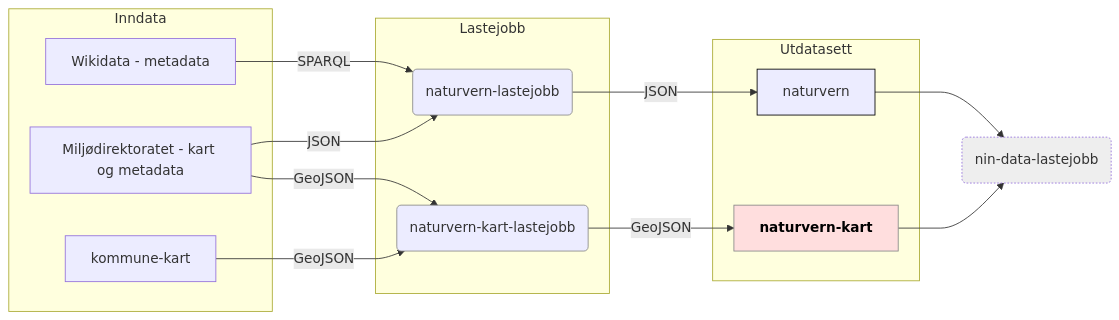
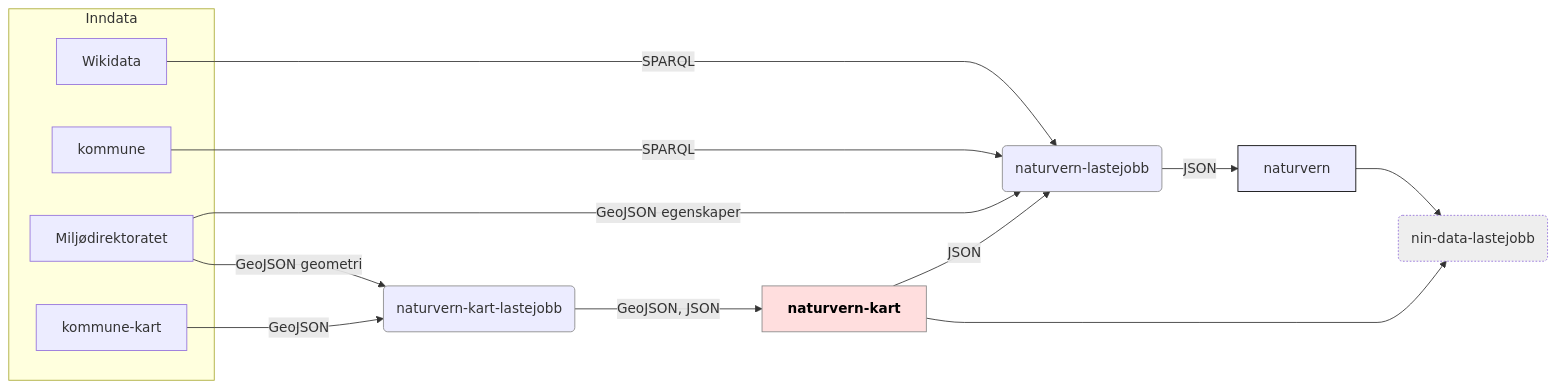
The diagram in doc/flytdiagram.md (Artsdatabanken/naturvern-kart), drawn with Mermaid before and after one commit. The commit also changed 1 other file, not shown here.

Commit message:
Beskriv datatype

````diff
--- a/doc/flytdiagram.md
+++ b/doc/flytdiagram.md
@@ -1,46 +1,45 @@
 ```mermaid
 
 graph LR;
   linkStyle default interpolate monotoneX
     subgraph Inndata
+      kommune[kommune]
       kommune-kart[kommune-kart]
-      wikidata[Wikidata - metadata]
-      mdir[Miljødirektoratet - kart og metadata]
+      wikidata[Wikidata]
+      mdir[Miljødirektoratet]
     end
-    subgraph Lastejobb
       naturvern-kart-lastejobb(naturvern-kart-lastejobb)
       naturvern-lastejobb(naturvern-lastejobb)
-    end
-    subgraph Utdatasett
-      naturvern-kart[naturvern-kart]
-      naturvern[naturvern]
-    end
+    naturvern-kart[naturvern-kart]
+    naturvern[naturvern]
     wikidata-->|SPARQL|naturvern-lastejobb;
-    mdir-->|JSON|naturvern-lastejobb;
-    mdir-->|GeoJSON|naturvern-kart-lastejobb;
-    naturvern-kart-lastejobb-->|GeoJSON|naturvern-kart;
+    kommune-->|SPARQL|naturvern-lastejobb;
+    mdir-->|GeoJSON egenskaper|naturvern-lastejobb;
+    mdir-->|GeoJSON geometri|naturvern-kart-lastejobb;
+    naturvern-kart-lastejobb-->|GeoJSON, JSON|naturvern-kart;
+    naturvern-kart-->|JSON|naturvern-lastejobb;
     naturvern-lastejobb-->|JSON|naturvern;
     kommune-kart-->|GeoJSON|naturvern-kart-lastejobb(naturvern-kart-lastejobb);
     naturvern-->nin-data-lastejobb(nin-data-lastejobb);
     naturvern-kart-->nin-data-lastejobb(nin-data-lastejobb);
     click naturvern-lastejobb "https://github.com/Artsdatabanken/naturvern-lastejobb" "_"
     click naturvern "https://github.com/Artsdatabanken/naturvern" "_"
     click naturvern-kart "https://github.com/Artsdatabanken/naturvern-kart" "_"
     click naturvern-kart-lastejobb "https://github.com/Artsdatabanken/naturvern-kart-lastejobb" "_"
     click kommune-kart "https://github.com/Artsdatabanken/kommune-kart" "_"
     click wikidata "https://www.wikidata.org/wiki/Q15284" "_"
     click mdir "https://www.mdir.no" "_"
 
 class naturvern-kart focus
 class kommune,wikidata,mdir data
 class naturvern,xnaturvern-kart, utdata
 class naturvern-lastejobb,naturvern-kart-lastejobb lastejobb
 class nin-data-lastejobb next
 classDef focusx stroke:#888,stroke-width:3px,font-weight:600;
 classDef focus color:#000,fill:#ffdede,stroke:#888,stroke-widthx:3px,font-weight:600;
 classDef data fillx:#ffd;
 classDef lastejobb fillx:#fff,stroke:#888;
 classDef utdata fillx:#ffa,stroke:#000;
 classDef next fill:#eee,stroke-dasharray: 2, 2;
 
 ```
````
